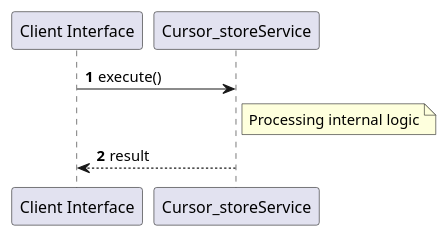
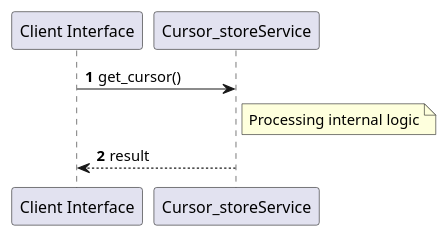
Before and after one commit to lgcorzo/rust_CACD_autonomous_factory: the sixth of 6 diagrams in openwiki/crates_factory_infrastructure_src_cursor_store.md, drawn with PlantUML. The commit also changed other lines of this file and 96 other files, not shown here.

````diff
--- a/openwiki/crates_factory_infrastructure_src_cursor_store.md
+++ b/openwiki/crates_factory_infrastructure_src_cursor_store.md
@@ -219,11 +347,11 @@
 ```plantuml
 @startuml
 autonumber
 participant "Client Interface" as Caller
 participant "Cursor_storeService" as Svc
-Caller -> Svc: execute()
+Caller -> Svc: get_cursor()
 note right of Svc: Processing internal logic
 Svc --> Caller: result
 @enduml
 
 ```
````
